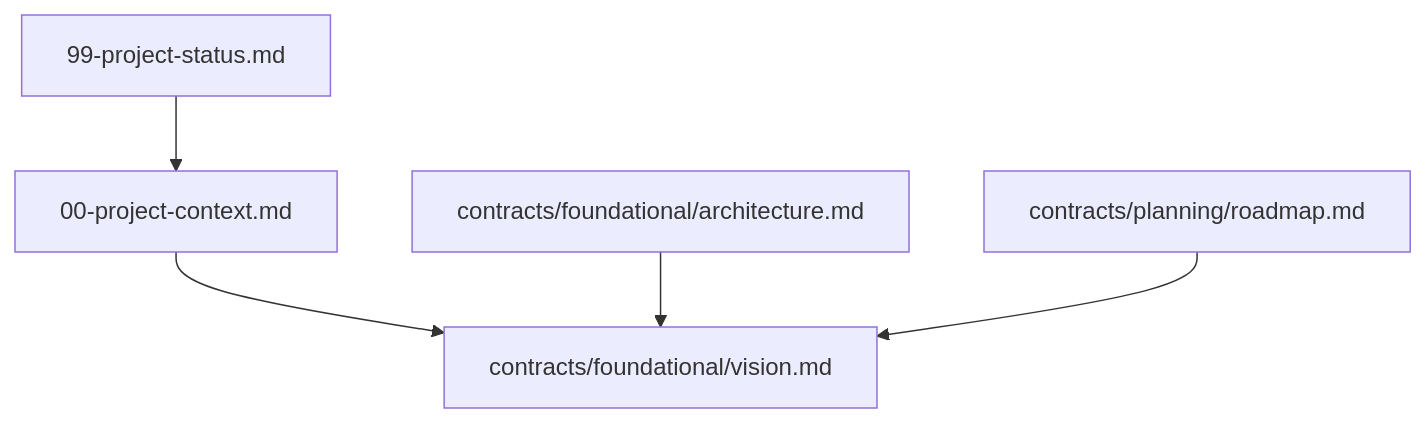
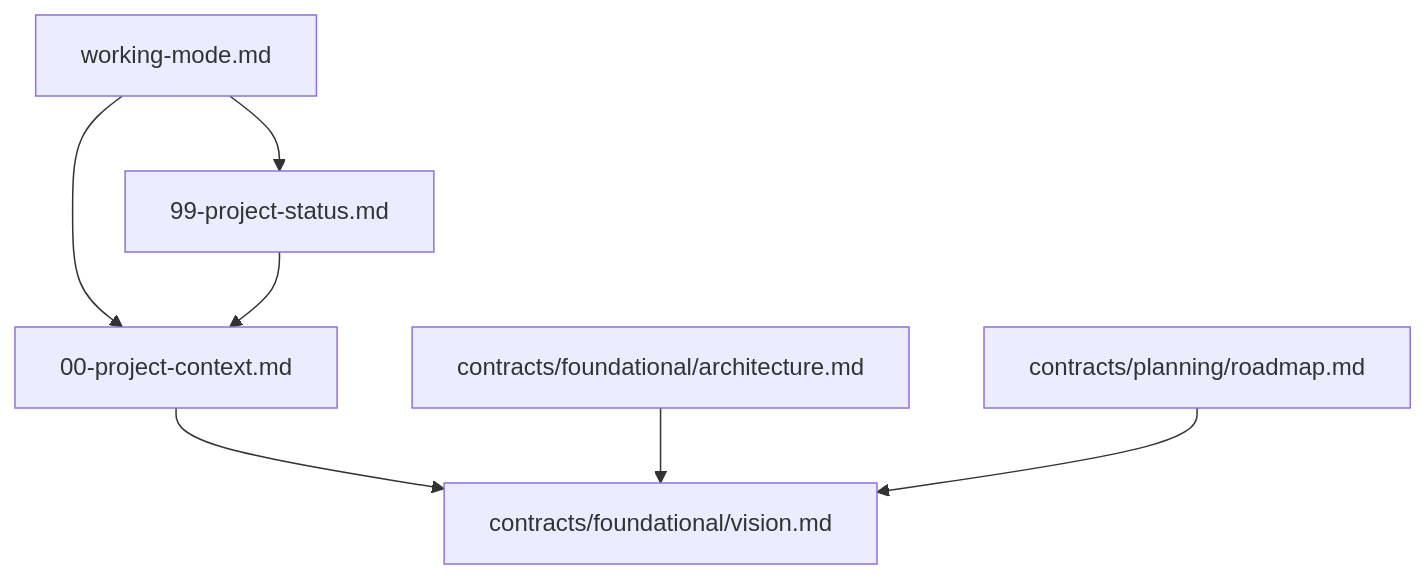
One commit to ConlinJoe/ai-platform changed the diagram in templates/docs/README.md. Above: the diagram before and after it, drawn with Mermaid. The commit also changed other lines of this file and 21 other files, not shown here.

Commit message:
Let fresh agent threads resume from working-mode.md so kickoff prompts and long completion reports stop consuming context.

````diff
--- a/templates/docs/README.md
+++ b/templates/docs/README.md
@@ -31,13 +32,16 @@
 ```mermaid
 flowchart TD
   context[00-project-context.md]
+  workingMode[working-mode.md]
   status[99-project-status.md]
   vision[contracts/foundational/vision.md]
   architecture[contracts/foundational/architecture.md]
   roadmap[contracts/planning/roadmap.md]
 
   context --> vision
+  workingMode --> context
+  workingMode --> status
   status --> context
   architecture --> vision
   roadmap --> vision
 ```
````
